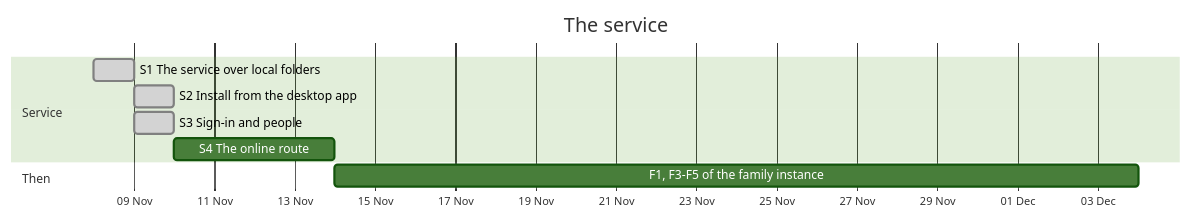
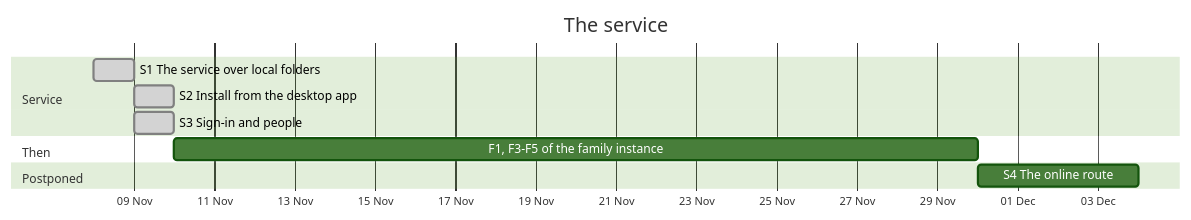
One commit to jgermade/jackbird changed the diagram in ROADMAP/2026-11-08/service.md. Above: the diagram before and after it, drawn with Mermaid (forest theme). The commit also changed other lines of this file and 1 other file, not shown here.

First line of the commit message:
docs: S4 postponed, not discarded (the owner's decision); the roadmap

````diff
--- a/ROADMAP/2026-11-08/service.md
+++ b/ROADMAP/2026-11-08/service.md
@@ -15,13 +15,14 @@
 ```mermaid
 gantt
   title The service
   dateFormat YYYY-MM-DD
   axisFormat %d %b
   section Service
     S1 The service over local folders              :done, s1, 2026-11-08, 1d
     S2 Install from the desktop app                :done, s2, after s1, 1d
     S3 Sign-in and people                          :done, s3, 2026-11-09, 1d
-    S4 The online route                            :s4, after s3, 4d
   section Then
-    F1, F3-F5 of the family instance               :f, after s4, 20d
+    F1, F3-F5 of the family instance               :f, after s3, 20d
+  section Postponed
+    S4 The online route                            :s4, after f, 4d
 ```
````
